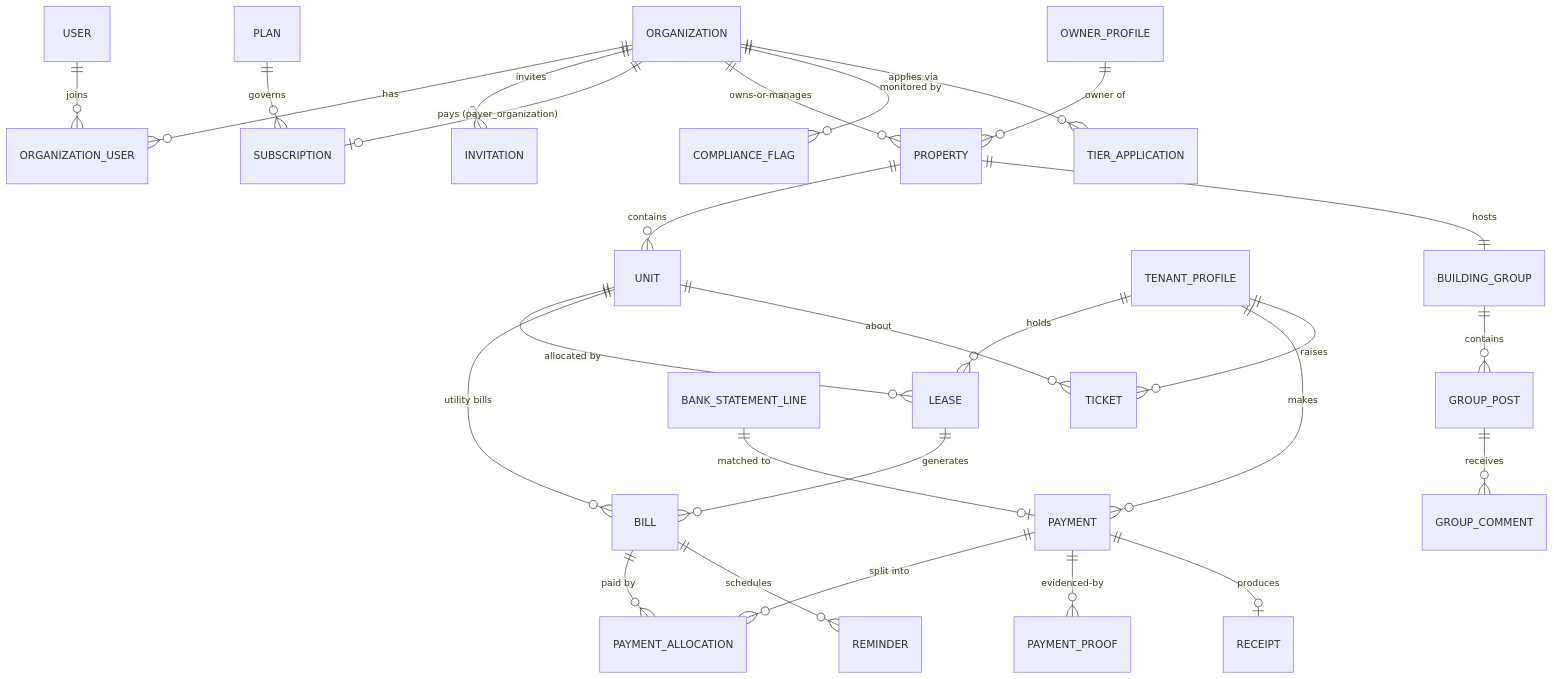
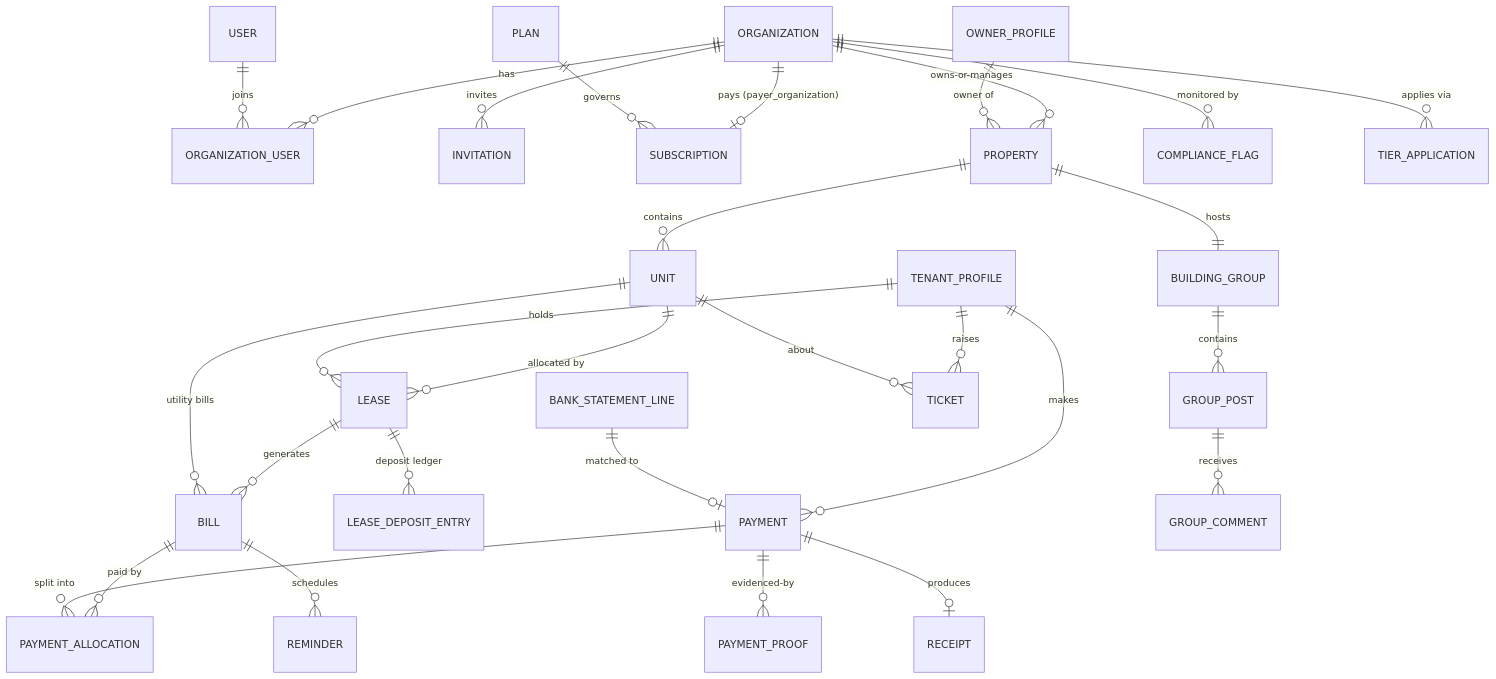
Before and after one commit to thekingchild/Goproperty: the diagram in DATABASE_SCHEMA.md, drawn with Mermaid. The commit also changed other lines of this file and 76 other files, not shown here.

````diff
--- a/DATABASE_SCHEMA.md
+++ b/DATABASE_SCHEMA.md
@@ -13,29 +13,30 @@
 ```mermaid
 erDiagram
     ORGANIZATION ||--o{ ORGANIZATION_USER : has
     USER ||--o{ ORGANIZATION_USER : joins
     ORGANIZATION ||--o{ INVITATION : invites
     ORGANIZATION ||--o| SUBSCRIPTION : "pays (payer_organization)"
     PLAN ||--o{ SUBSCRIPTION : governs
     ORGANIZATION ||--o{ PROPERTY : owns-or-manages
     OWNER_PROFILE ||--o{ PROPERTY : "owner of"
     PROPERTY ||--o{ UNIT : contains
     UNIT ||--o{ LEASE : "allocated by"
     TENANT_PROFILE ||--o{ LEASE : holds
     LEASE ||--o{ BILL : generates
+    LEASE ||--o{ LEASE_DEPOSIT_ENTRY : "deposit ledger"
     UNIT ||--o{ BILL : "utility bills"
     BILL ||--o{ PAYMENT_ALLOCATION : "paid by"
     PAYMENT ||--o{ PAYMENT_ALLOCATION : "split into"
     TENANT_PROFILE ||--o{ PAYMENT : makes
     BANK_STATEMENT_LINE ||--o| PAYMENT : "matched to"
     ORGANIZATION ||--o{ COMPLIANCE_FLAG : "monitored by"
     ORGANIZATION ||--o{ TIER_APPLICATION : "applies via"
     PAYMENT ||--o{ PAYMENT_PROOF : evidenced-by
     PAYMENT ||--o| RECEIPT : produces
     PROPERTY ||--|| BUILDING_GROUP : hosts
     BUILDING_GROUP ||--o{ GROUP_POST : contains
     GROUP_POST ||--o{ GROUP_COMMENT : receives
     TENANT_PROFILE ||--o{ TICKET : raises
     UNIT ||--o{ TICKET : about
     BILL ||--o{ REMINDER : schedules
 ```
````
